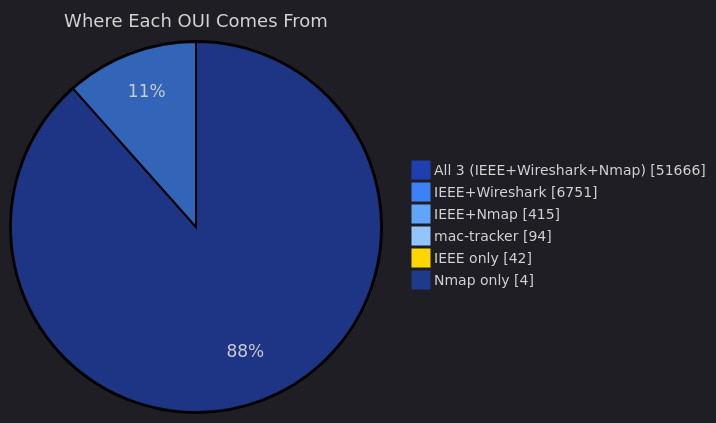
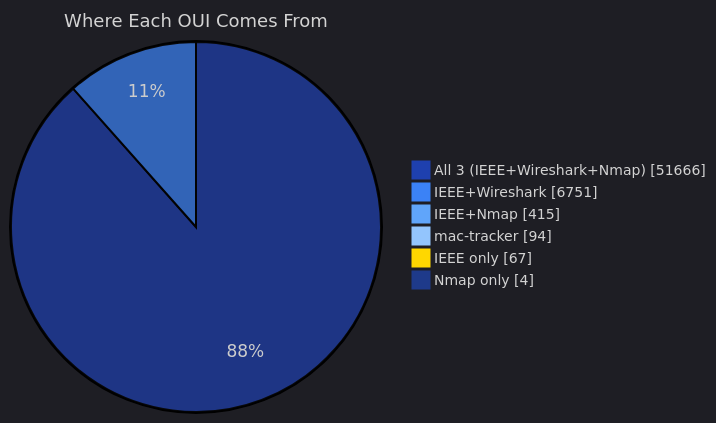
The second of 5 diagrams in data/readmes/Ringmast4r__OUI-Master-Database.md (zqf20096327/dbhub_collect), drawn with Mermaid before and after one commit. The commit also changed other lines of this file and 402 other files, not shown here.

````diff
--- a/data/readmes/Ringmast4r__OUI-Master-Database.md
+++ b/data/readmes/Ringmast4r__OUI-Master-Database.md
@@ -97,11 +97,11 @@
 ```mermaid
 %%{init: {'theme':'dark', 'themeVariables': {'pie1':'#1E40AF','pie2':'#3B82F6','pie3':'#60A5FA','pie4':'#93C5FD','pie5':'#FFD700','pie6':'#1E3A8A','pieTitleTextSize':'18px','pieLegendTextSize':'14px'}}}%%
 pie showData
     title Where Each OUI Comes From
     "All 3 (IEEE+Wireshark+Nmap)" : 51666
     "IEEE+Wireshark" : 6751
     "IEEE+Nmap" : 415
     "mac-tracker" : 94
-    "IEEE only" : 42
+    "IEEE only" : 67
     "Nmap only" : 4
 ```
````
